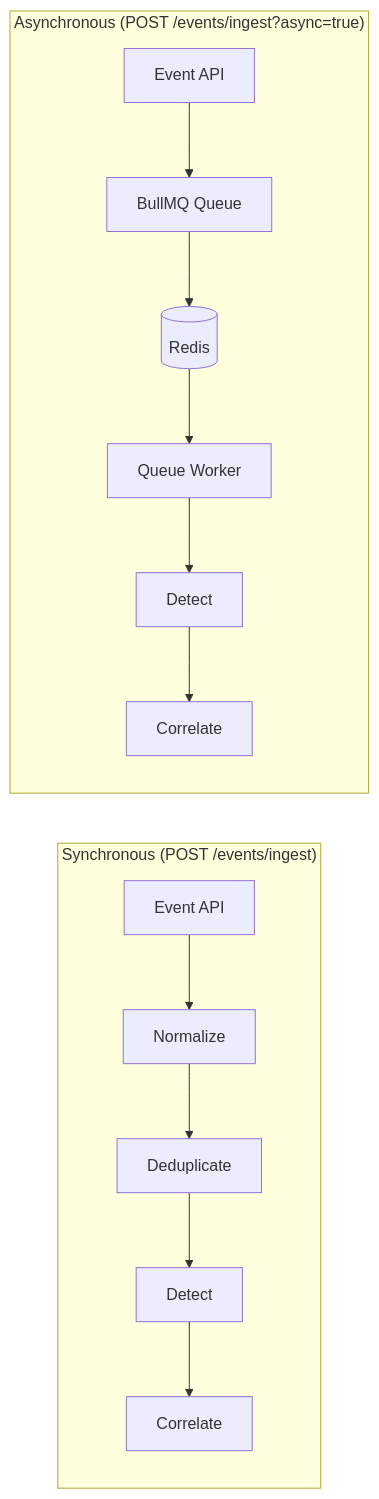
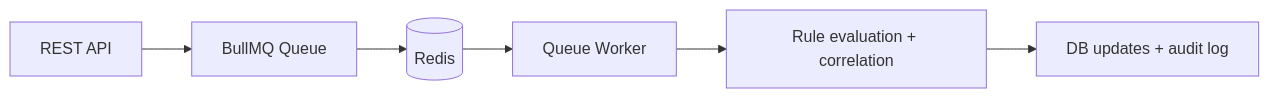
One commit to hickytani/threat changed the second of 2 diagrams in README.md. Above: the diagram before and after it, drawn with Mermaid. The commit also changed other lines of this file and 49 other files, not shown here.

````diff
--- a/README.md
+++ b/README.md
@@ -47,12 +46,8 @@
 ```mermaid
 graph LR
-    subgraph "Synchronous (POST /events/ingest)"
-        A[Event API] --> B[Normalize] --> C[Deduplicate] --> D[Detect] --> E[Correlate]
-    end
-    subgraph "Asynchronous (POST /events/ingest?async=true)"
-        F[Event API] --> G[BullMQ Queue]
-        G --> H[(Redis)]
-        H --> I[Queue Worker]
-        I --> J[Detect] --> K[Correlate]
-    end
+    A[REST API] --> B[BullMQ Queue]
+    B --> C[(Redis)]
+    C --> D[Queue Worker]
+    D --> E[Rule evaluation + correlation]
+    E --> F[DB updates + audit log]
 ```
````
